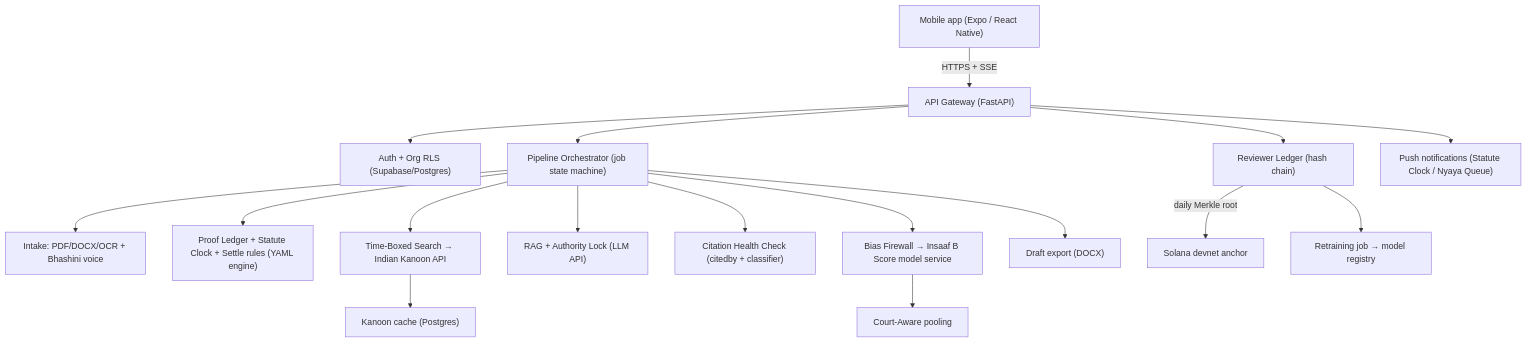
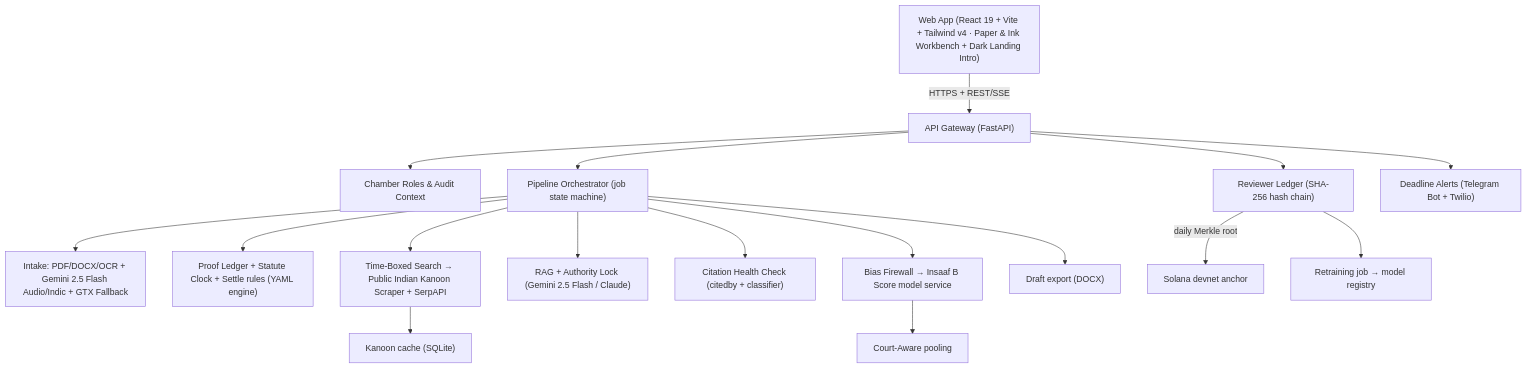
One commit to Labreo/insaaf-ai changed the diagram in docs/WORK_PLAN.md. Above: the diagram before and after it, drawn with Mermaid. The commit also changed other lines of this file and 7 other files, not shown here.

Commit message:
feat: enhance bhashini and kanoon clients with robust fallbacks and glossaries

````diff
--- a/docs/WORK_PLAN.md
+++ b/docs/WORK_PLAN.md
@@ -349,19 +352,19 @@
 ```mermaid
 flowchart TD
-    A["Mobile app (Expo / React Native)"] -->|"HTTPS + SSE"| B["API Gateway (FastAPI)"]
-    B --> C["Auth + Org RLS (Supabase/Postgres)"]
+    A["Web App (React 19 + Vite + Tailwind v4 · Paper & Ink Workbench + Dark Landing Intro)"] -->|"HTTPS + REST/SSE"| B["API Gateway (FastAPI)"]
+    B --> C["Chamber Roles & Audit Context"]
     B --> D["Pipeline Orchestrator (job state machine)"]
-    D --> E["Intake: PDF/DOCX/OCR + Bhashini voice"]
+    D --> E["Intake: PDF/DOCX/OCR + Gemini 2.5 Flash Audio/Indic + GTX Fallback"]
     D --> F["Proof Ledger + Statute Clock + Settle rules (YAML engine)"]
-    D --> G["Time-Boxed Search → Indian Kanoon API"]
-    G --> H["Kanoon cache (Postgres)"]
-    D --> I["RAG + Authority Lock (LLM API)"]
+    D --> G["Time-Boxed Search → Public Indian Kanoon Scraper + SerpAPI"]
+    G --> H["Kanoon cache (SQLite)"]
+    D --> I["RAG + Authority Lock (Gemini 2.5 Flash / Claude)"]
     D --> J["Citation Health Check (citedby + classifier)"]
     D --> K["Bias Firewall → Insaaf B Score model service"]
     K --> L["Court-Aware pooling"]
     D --> M["Draft export (DOCX)"]
-    B --> N["Reviewer Ledger (hash chain)"]
+    B --> N["Reviewer Ledger (SHA-256 hash chain)"]
     N -->|"daily Merkle root"| O["Solana devnet anchor"]
     N --> P["Retraining job → model registry"]
-    B --> Q["Push notifications (Statute Clock / Nyaya Queue)"]
+    B --> Q["Deadline Alerts (Telegram Bot + Twilio)"]
 ```
````
